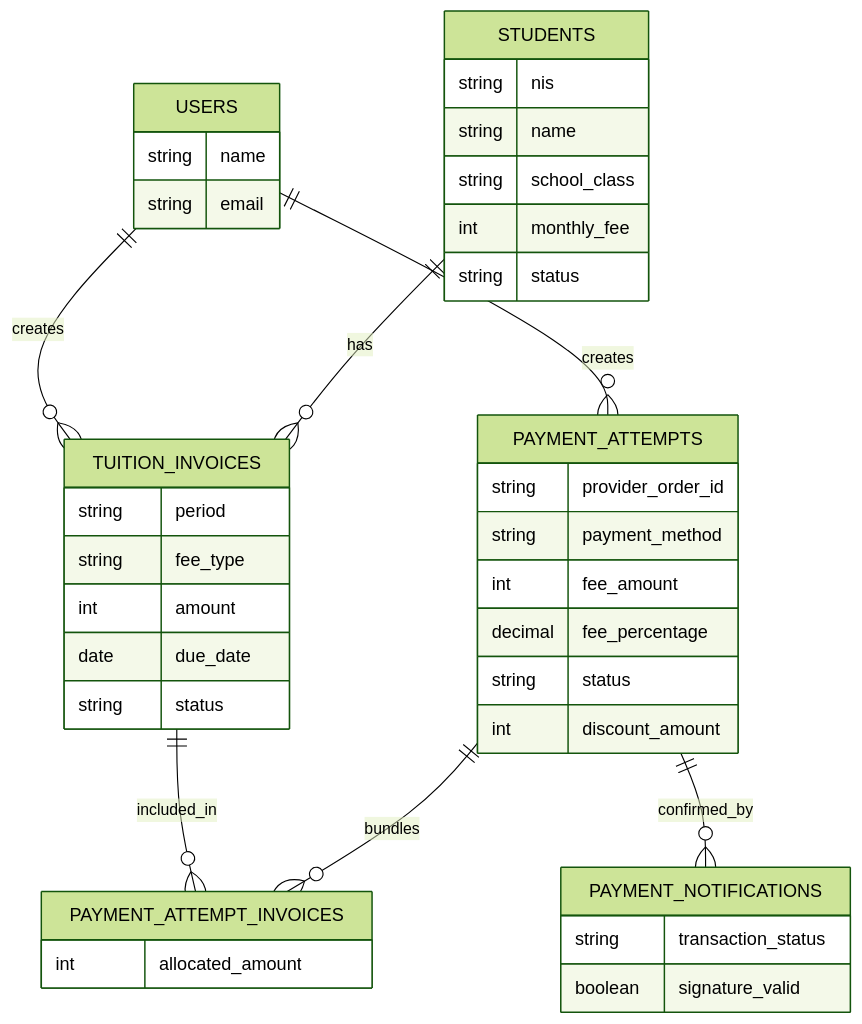
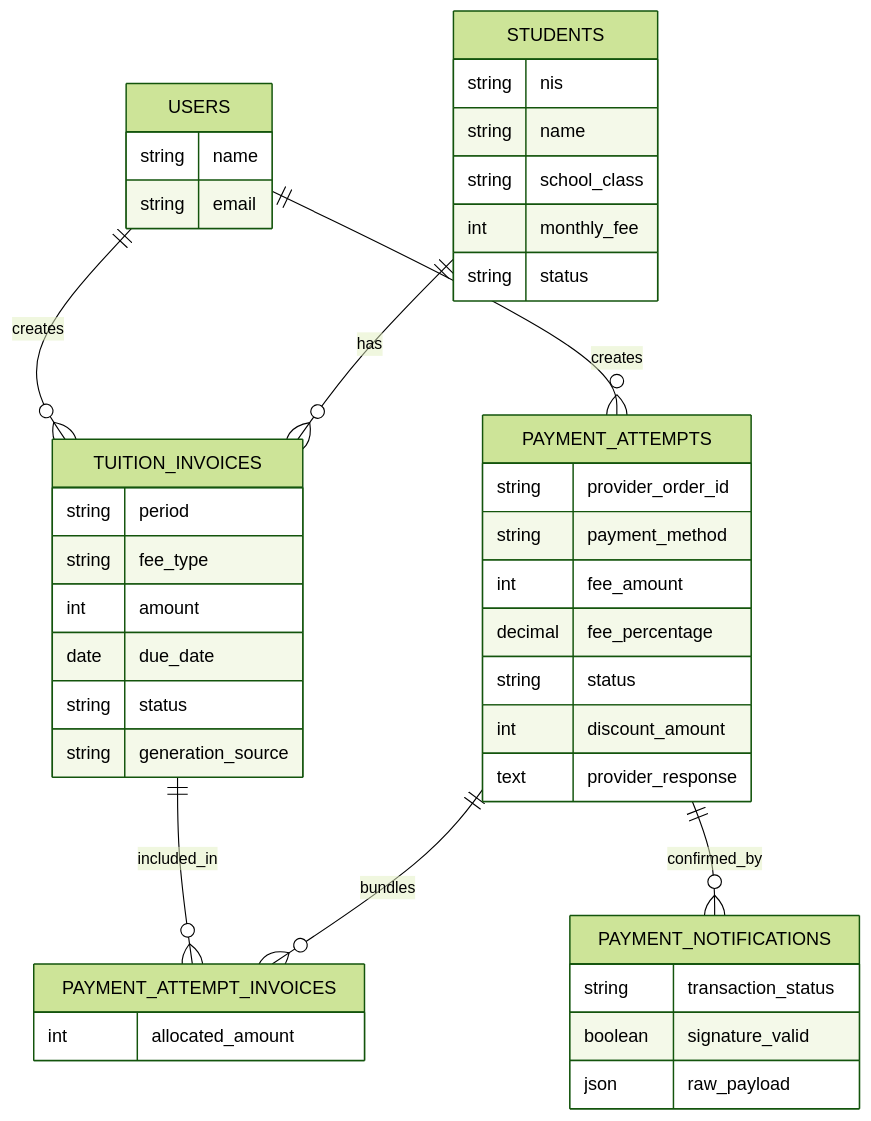
One commit to aslammaududy/alinsyirah-backend changed the second of 14 diagrams in simdik-al-insyirah-diagrams.md. Above: the diagram before and after it, drawn with Mermaid (forest theme). The commit also changed other lines of this file, not shown here.

First line of the commit message:
docs(diagrams): add comprehensive project flow diagrams

````diff
--- a/simdik-al-insyirah-diagrams.md
+++ b/simdik-al-insyirah-diagrams.md
@@ -25,43 +48,46 @@
 ```mermaid
 erDiagram
     USERS ||--o{ TUITION_INVOICES : creates
     USERS ||--o{ PAYMENT_ATTEMPTS : creates
     STUDENTS ||--o{ TUITION_INVOICES : has
     TUITION_INVOICES ||--o{ PAYMENT_ATTEMPT_INVOICES : included_in
     PAYMENT_ATTEMPTS ||--o{ PAYMENT_ATTEMPT_INVOICES : bundles
     PAYMENT_ATTEMPTS ||--o{ PAYMENT_NOTIFICATIONS : confirmed_by
 
     USERS {
         string name
         string email
     }
     STUDENTS {
         string nis
         string name
         string school_class
         int monthly_fee
         string status
     }
     TUITION_INVOICES {
         string period
         string fee_type
         int amount
         date due_date
         string status
+        string generation_source
     }
     PAYMENT_ATTEMPTS {
         string provider_order_id
         string payment_method
         int fee_amount
         decimal fee_percentage
         string status
         int discount_amount
+        text provider_response
     }
     PAYMENT_ATTEMPT_INVOICES {
         int allocated_amount
     }
     PAYMENT_NOTIFICATIONS {
         string transaction_status
         boolean signature_valid
+        json raw_payload
     }
 ```
````
